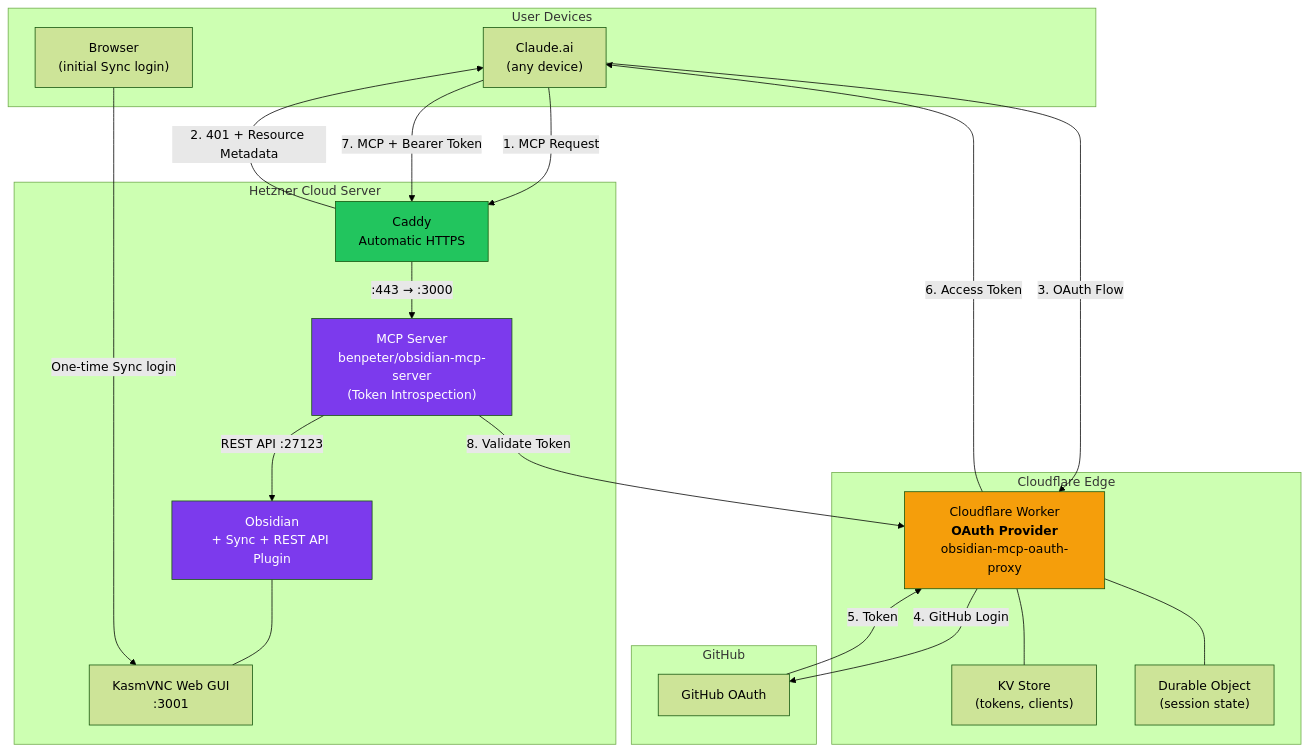
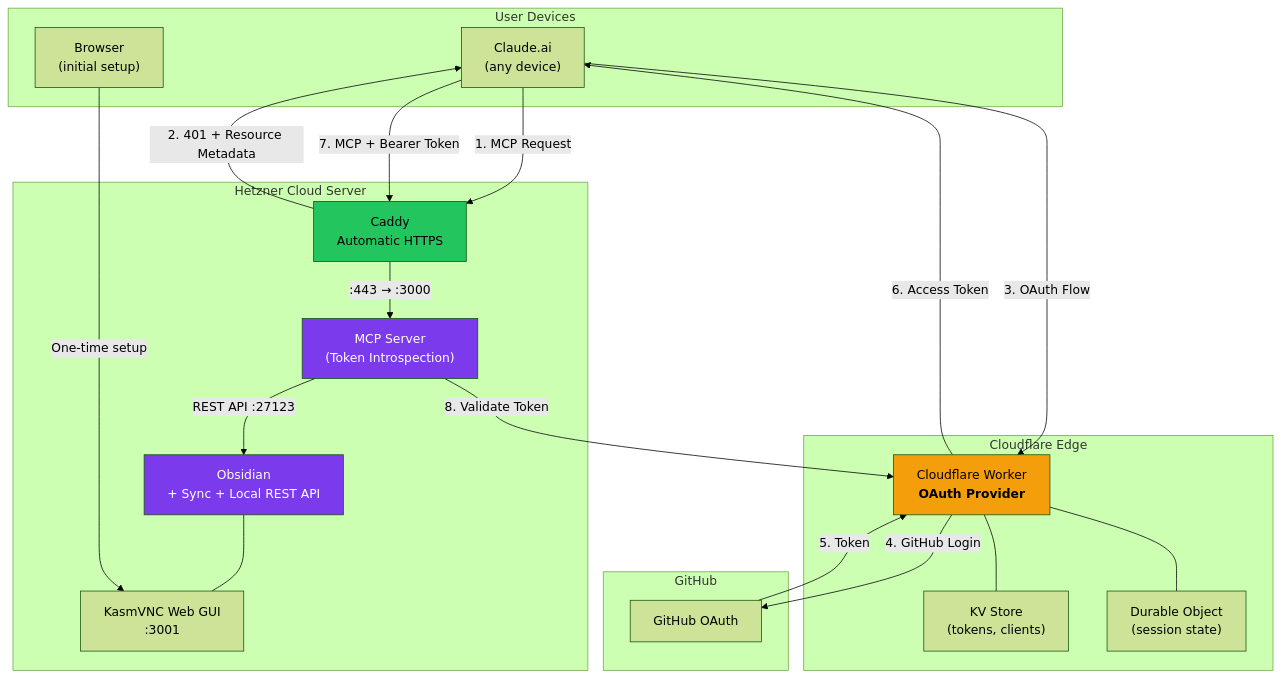
Before and after one commit to benpeter/obsidian-cloud-mcp: the second of 3 diagrams in README.md, drawn with Mermaid (forest theme). The commit also changed other lines of this file and 14 other files, not shown here.

````diff
--- a/README.md
+++ b/README.md
@@ -17,46 +45,46 @@
 ```mermaid
 graph TB
     subgraph "User Devices"
         claude["Claude.ai<br/>(any device)"]
-        browser["Browser<br/>(initial Sync login)"]
+        browser["Browser<br/>(initial setup)"]
     end
 
     subgraph "Cloudflare Edge"
-        worker["Cloudflare Worker<br/><b>OAuth Provider</b><br/>obsidian-mcp-oauth-proxy"]
+        worker["Cloudflare Worker<br/><b>OAuth Provider</b>"]
         kv["KV Store<br/>(tokens, clients)"]
         do["Durable Object<br/>(session state)"]
         worker --- kv
         worker --- do
     end
 
     subgraph github["GitHub"]
         gh_oauth["GitHub OAuth"]
     end
 
     subgraph "Hetzner Cloud Server"
         caddy["Caddy<br/>Automatic HTTPS"]
-        mcp["MCP Server<br/>benpeter/obsidian-mcp-server<br/>(Token Introspection)"]
-        obsidian["Obsidian<br/>+ Sync + REST API Plugin"]
+        mcp["MCP Server<br/>(Token Introspection)"]
+        obsidian["Obsidian<br/>+ Sync + Local REST API"]
         gui["KasmVNC Web GUI<br/>:3001"]
 
         caddy -->|":443 → :3000"| mcp
         mcp -->|"REST API :27123"| obsidian
         obsidian --- gui
     end
 
     claude -->|"1. MCP Request"| caddy
     caddy -->|"2. 401 + Resource Metadata"| claude
     claude -->|"3. OAuth Flow"| worker
     worker -->|"4. GitHub Login"| gh_oauth
     gh_oauth -->|"5. Token"| worker
     worker -->|"6. Access Token"| claude
     claude -->|"7. MCP + Bearer Token"| caddy
     mcp -->|"8. Validate Token"| worker
 
-    browser -->|"One-time Sync login"| gui
+    browser -->|"One-time setup"| gui
 
     style worker fill:#f59e0b,color:#000
     style mcp fill:#7c3aed,color:#fff
     style obsidian fill:#7c3aed,color:#fff
     style caddy fill:#22c55e,color:#000
 ```
````
